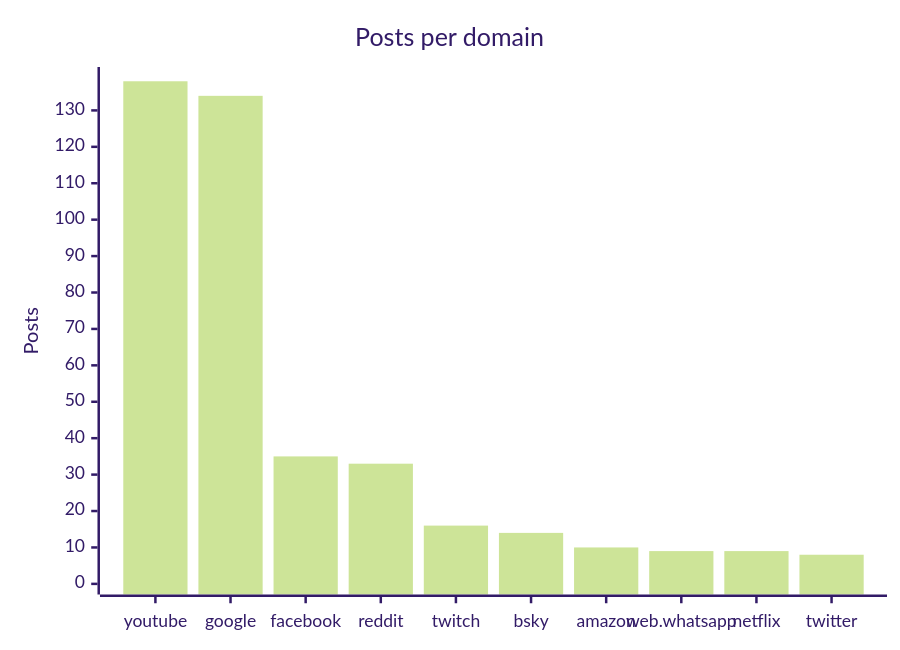
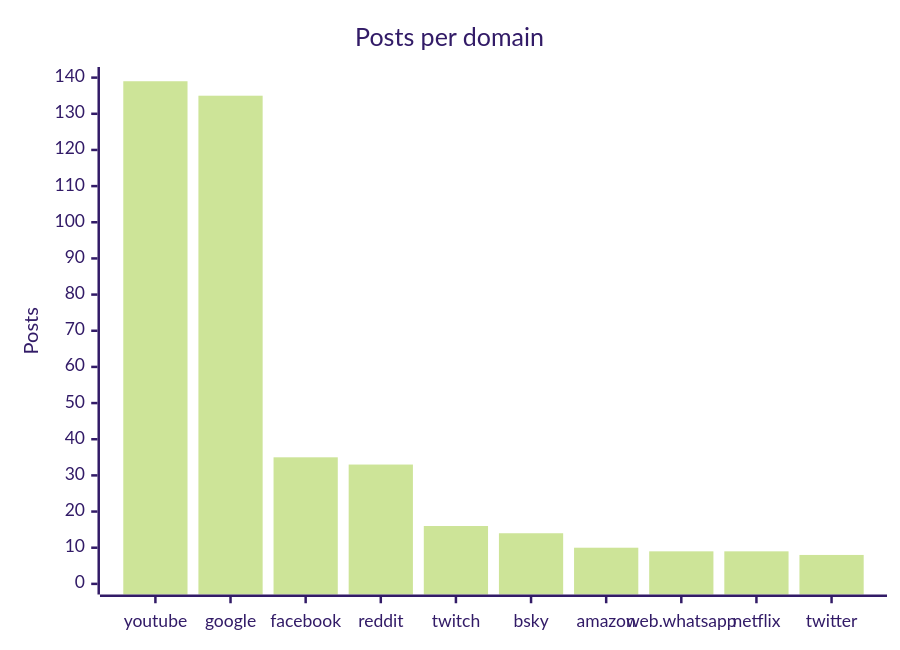
The fourth of 4 diagrams in README.md (martinbalfanz/social-scanner-reports), drawn with Mermaid (forest theme) before and after one commit. The commit also changed other lines of this file and 4 other files, not shown here.

````diff
--- a/README.md
+++ b/README.md
@@ -58,7 +58,7 @@
 ```mermaid
 xychart-beta
     title "Posts per domain"
     x-axis ["youtube", "google", "facebook", "reddit", "twitch", "bsky", "amazon", "web.whatsapp", "netflix", "twitter"]
-    y-axis "Posts" 0 --> 139
-    bar [138, 134, 35, 33, 16, 14, 10, 9, 9, 8]
+    y-axis "Posts" 0 --> 140
+    bar [139, 135, 35, 33, 16, 14, 10, 9, 9, 8]
 ```
````
